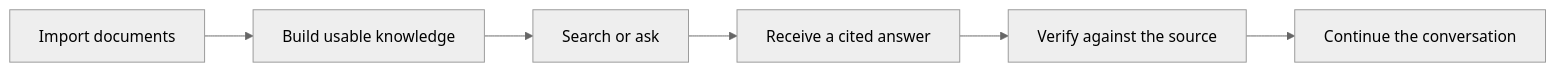
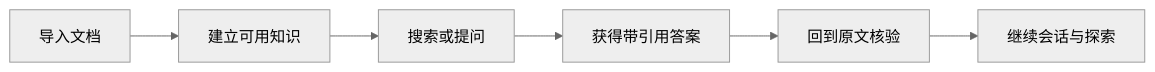
The diagram in README.md (ryanmeowy/anchr-app), drawn with Mermaid (neutral theme) before and after one commit. The commit also changed other lines of this file and 2 other files, not shown here.

````diff
--- a/README.md
+++ b/README.md
@@ -102,8 +100,8 @@
 ```mermaid
 flowchart LR
-    A["Import documents"] --> B["Build usable knowledge"]
-    B --> C["Search or ask"]
-    C --> D["Receive a cited answer"]
-    D --> E["Verify against the source"]
-    E --> F["Continue the conversation"]
+    A["导入文档"] --> B["建立可用知识"]
+    B --> C["搜索或提问"]
+    C --> D["获得带引用答案"]
+    D --> E["回到原文核验"]
+    E --> F["继续会话与探索"]
 ```
````
